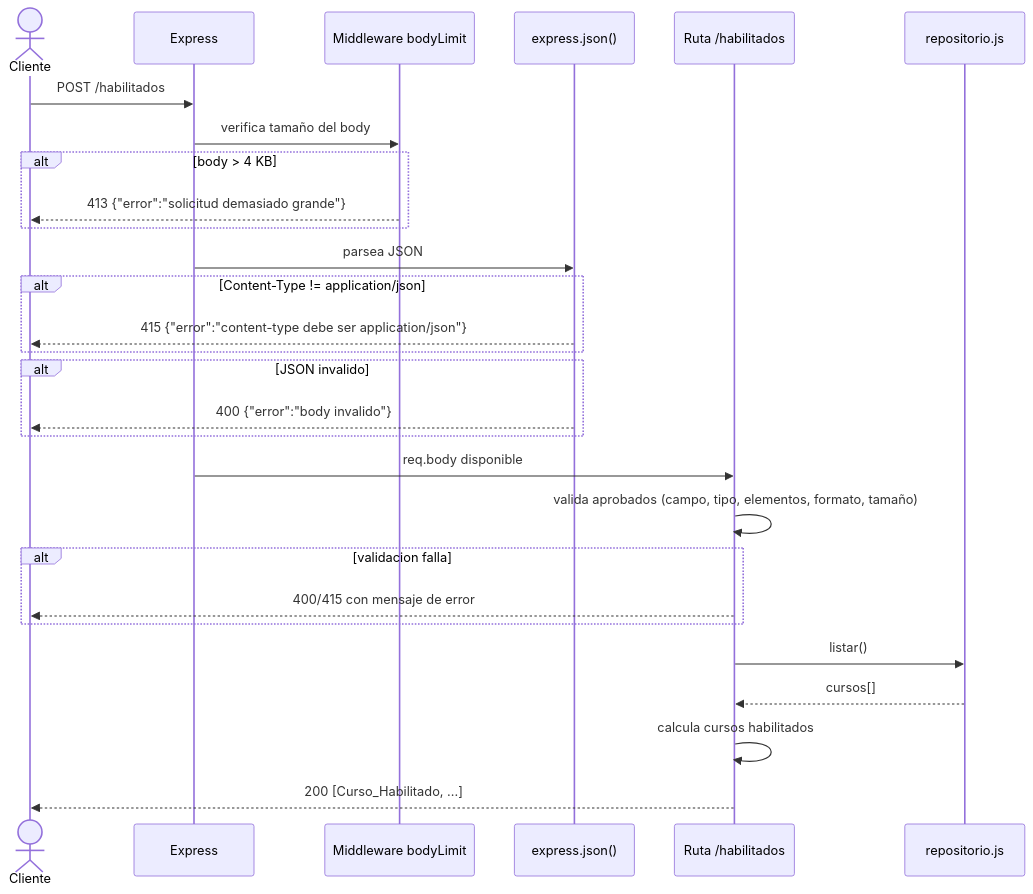
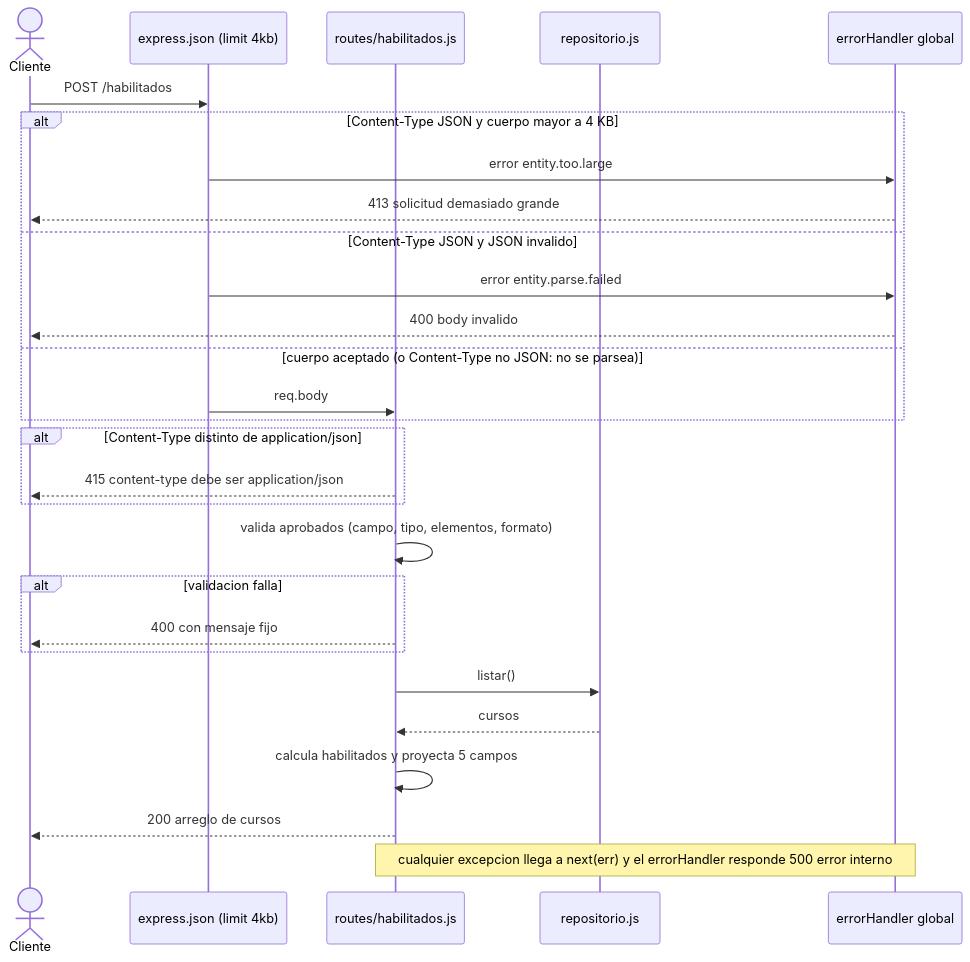
The first of 2 diagrams in .kiro/specs/habilitados/design.md (CaVassM/INF384-lab6-base), drawn with Mermaid before and after one commit. The commit also changed other lines of this file, not shown here.

````diff
--- a/.kiro/specs/habilitados/design.md
+++ b/.kiro/specs/habilitados/design.md
@@ -11,31 +19,31 @@
 ```mermaid
 sequenceDiagram
     actor Cliente
-    participant Express
-    participant bodyLimit as Middleware bodyLimit
-    participant jsonParser as express.json()
-    participant Ruta as Ruta /habilitados
+    participant Parser as express.json (limit 4kb)
+    participant Ruta as routes/habilitados.js
     participant Repo as repositorio.js
+    participant Err as errorHandler global
 
-    Cliente->>Express: POST /habilitados
-    Express->>bodyLimit: verifica tamaño del body
-    alt body > 4 KB
-        bodyLimit-->>Cliente: 413 {"error":"solicitud demasiado grande"}
+    Cliente->>Parser: POST /habilitados
+    alt Content-Type JSON y cuerpo mayor a 4 KB
+        Parser->>Err: error entity.too.large
+        Err-->>Cliente: 413 solicitud demasiado grande
+    else Content-Type JSON y JSON invalido
+        Parser->>Err: error entity.parse.failed
+        Err-->>Cliente: 400 body invalido
+    else cuerpo aceptado (o Content-Type no JSON: no se parsea)
+        Parser->>Ruta: req.body
     end
-    Express->>jsonParser: parsea JSON
-    alt Content-Type != application/json
-        jsonParser-->>Cliente: 415 {"error":"content-type debe ser application/json"}
+    alt Content-Type distinto de application/json
+        Ruta-->>Cliente: 415 content-type debe ser application/json
     end
-    alt JSON invalido
-        jsonParser-->>Cliente: 400 {"error":"body invalido"}
-    end
-    Express->>Ruta: req.body disponible
-    Ruta->>Ruta: valida aprobados (campo, tipo, elementos, formato, tamaño)
+    Ruta->>Ruta: valida aprobados (campo, tipo, elementos, formato)
     alt validacion falla
-        Ruta-->>Cliente: 400/415 con mensaje de error
+        Ruta-->>Cliente: 400 con mensaje fijo
     end
     Ruta->>Repo: listar()
-    Repo-->>Ruta: cursos[]
-    Ruta->>Ruta: calcula cursos habilitados
-    Ruta-->>Cliente: 200 [Curso_Habilitado, ...]
+    Repo-->>Ruta: cursos
+    Ruta->>Ruta: calcula habilitados y proyecta 5 campos
+    Ruta-->>Cliente: 200 arreglo de cursos
+    Note over Ruta,Err: cualquier excepcion llega a next(err) y el errorHandler responde 500 error interno
 ```
````
